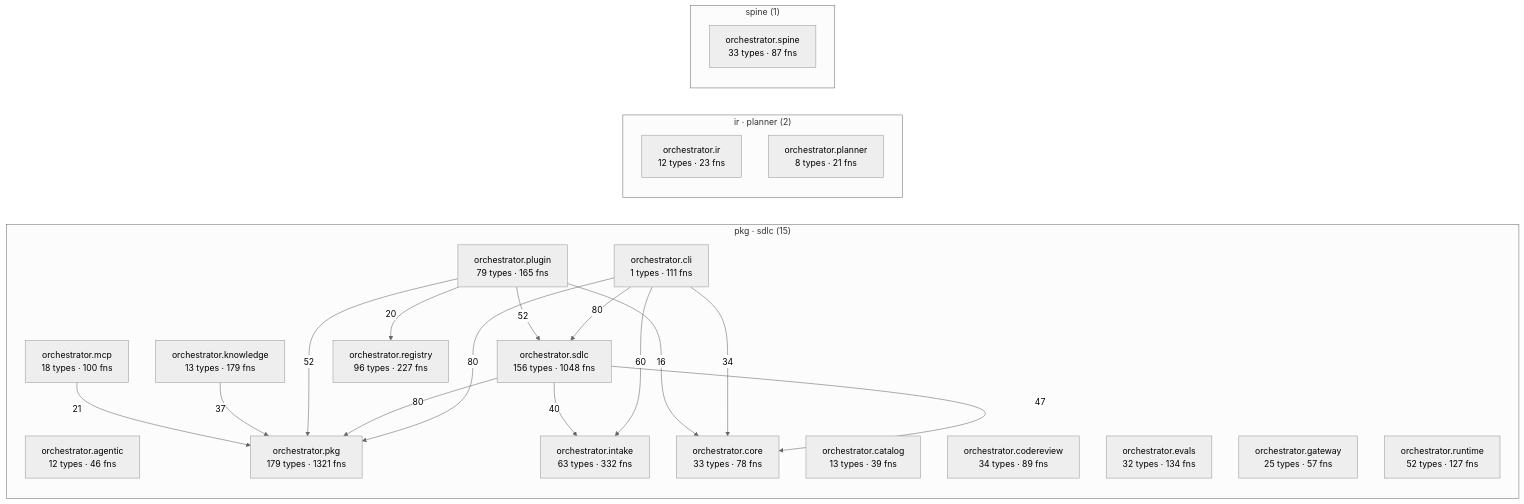
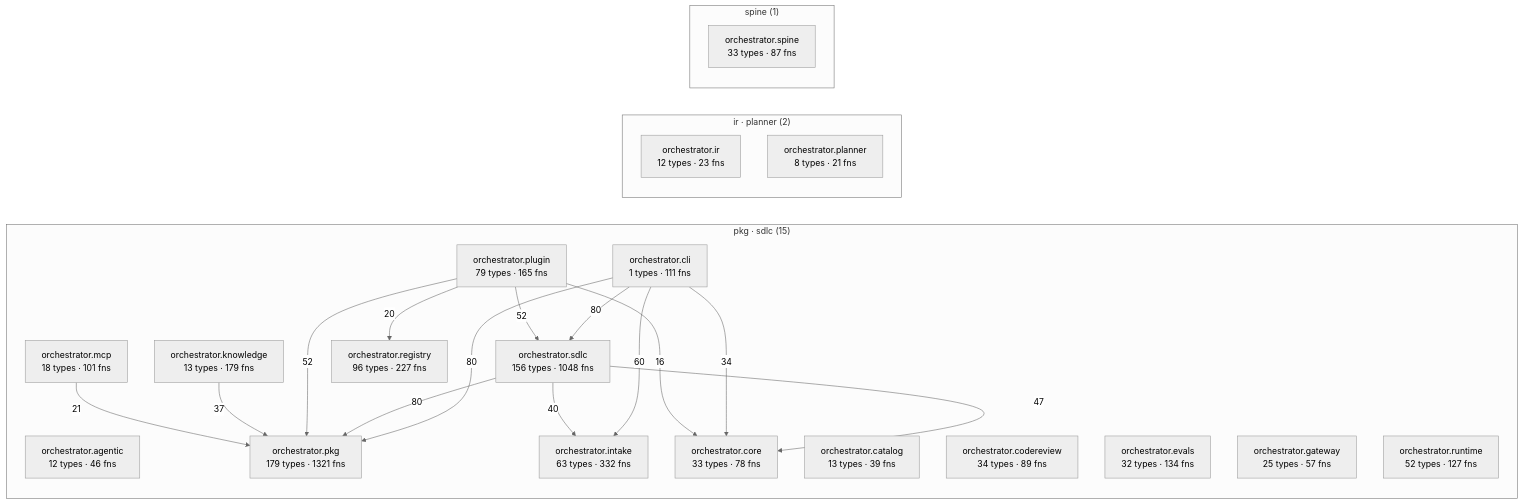
The diagram in episteme/architecture.md (synaptixs/spine), drawn with Mermaid (neutral theme) before and after one commit. The commit also changed other lines of this file and 8 other files, not shown here.

````diff
--- a/episteme/architecture.md
+++ b/episteme/architecture.md
@@ -56,40 +56,40 @@
 ```mermaid
 flowchart LR
   subgraph c_2["pkg · sdlc (15)"]
     aorchestratoragentic["orchestrator.agentic<br/>12 types · 46 fns"]
     aorchestratorcatalog["orchestrator.catalog<br/>13 types · 39 fns"]
     aorchestratorcli["orchestrator.cli<br/>1 types · 111 fns"]
     aorchestratorcodereview["orchestrator.codereview<br/>34 types · 89 fns"]
     aorchestratorcore["orchestrator.core<br/>33 types · 78 fns"]
     aorchestratorevals["orchestrator.evals<br/>32 types · 134 fns"]
     aorchestratorgateway["orchestrator.gateway<br/>25 types · 57 fns"]
     aorchestratorintake["orchestrator.intake<br/>63 types · 332 fns"]
     aorchestratorknowledge["orchestrator.knowledge<br/>13 types · 179 fns"]
-    aorchestratormcp["orchestrator.mcp<br/>18 types · 100 fns"]
+    aorchestratormcp["orchestrator.mcp<br/>18 types · 101 fns"]
     aorchestratorpkg["orchestrator.pkg<br/>179 types · 1321 fns"]
     aorchestratorplugin["orchestrator.plugin<br/>79 types · 165 fns"]
     aorchestratorregistry["orchestrator.registry<br/>96 types · 227 fns"]
     aorchestratorruntime["orchestrator.runtime<br/>52 types · 127 fns"]
     aorchestratorsdlc["orchestrator.sdlc<br/>156 types · 1048 fns"]
   end
   subgraph c_5["ir · planner (2)"]
     aorchestratorir["orchestrator.ir<br/>12 types · 23 fns"]
     aorchestratorplanner["orchestrator.planner<br/>8 types · 21 fns"]
   end
   subgraph c_10["spine (1)"]
     aorchestratorspine["orchestrator.spine<br/>33 types · 87 fns"]
   end
   aorchestratorcli -->|80| aorchestratorpkg
   aorchestratorcli -->|80| aorchestratorsdlc
   aorchestratorsdlc -->|80| aorchestratorpkg
   aorchestratorcli -->|60| aorchestratorintake
   aorchestratorplugin -->|52| aorchestratorpkg
   aorchestratorplugin -->|52| aorchestratorsdlc
   aorchestratorsdlc -->|47| aorchestratorcore
   aorchestratorsdlc -->|40| aorchestratorintake
   aorchestratorknowledge -->|37| aorchestratorpkg
   aorchestratorcli -->|34| aorchestratorcore
   aorchestratormcp -->|21| aorchestratorpkg
   aorchestratorplugin -->|20| aorchestratorregistry
   aorchestratorplugin -->|16| aorchestratorcore
 ```
````
